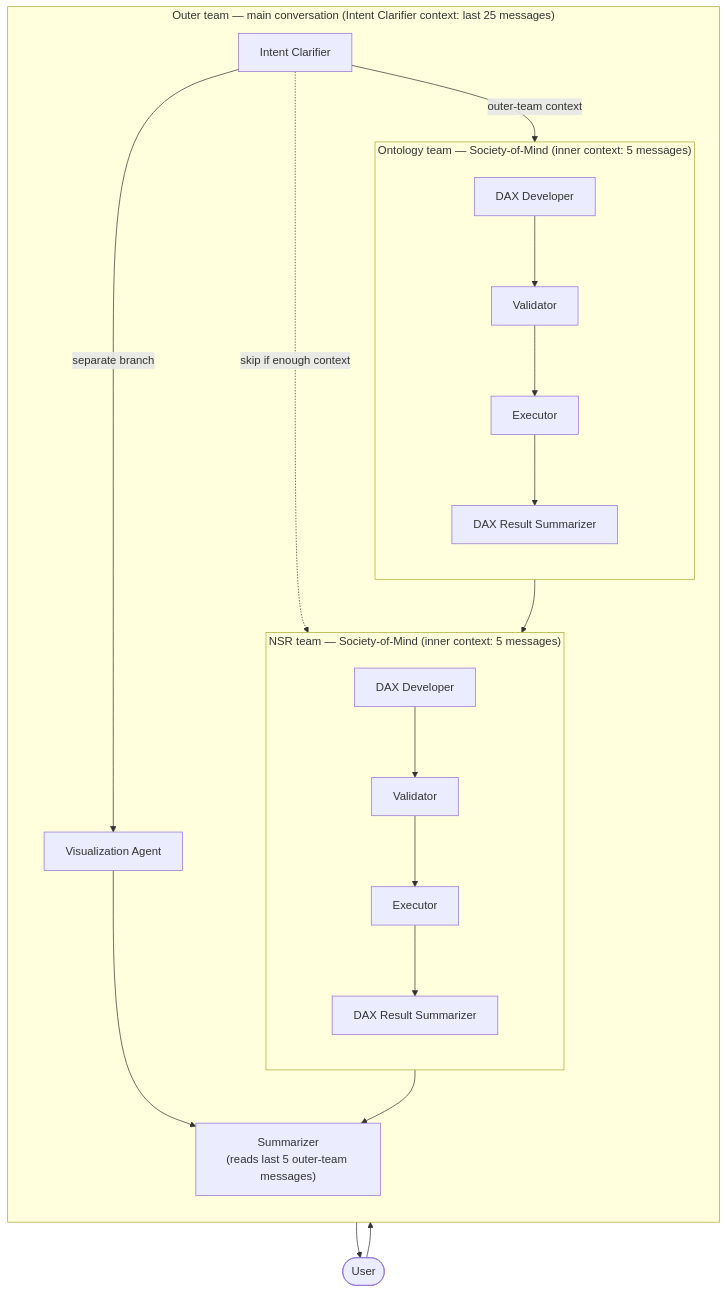
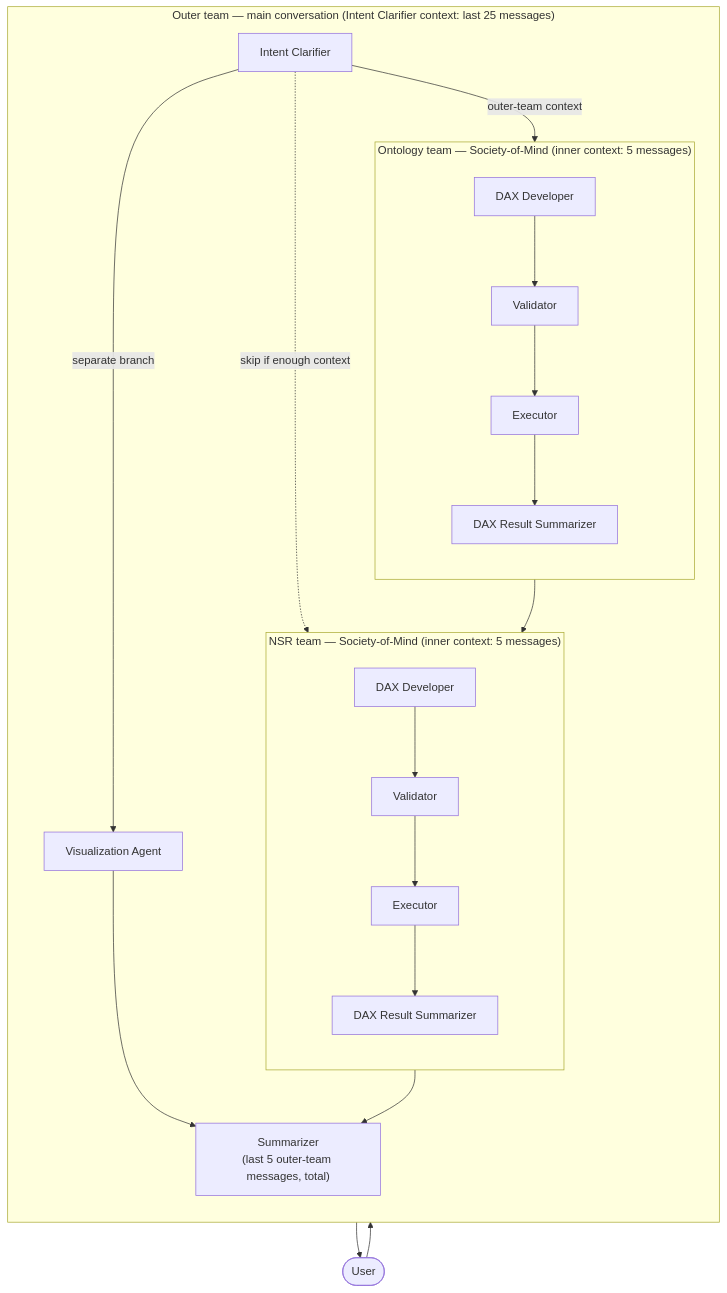
Before and after one commit to SamuelAgRz/nexus2.0-Latam: the diagram in docs/context-flow.md, drawn with Mermaid. The commit also changed other lines of this file, not shown here.

Commit message:
feat/ complete context flow

````diff
--- a/docs/context-flow.md
+++ b/docs/context-flow.md
@@ -41,29 +41,29 @@
 ```mermaid
 flowchart TB
     User([User])
 
     subgraph Outer["Outer team — main conversation (Intent Clarifier context: last 25 messages)"]
         direction TB
         IC[Intent Clarifier]
         VIZ[Visualization Agent]
-        SUM["Summarizer<br/>(reads last 5 outer-team messages)"]
+        SUM["Summarizer<br/>(last 5 outer-team messages, total)"]
 
         subgraph Ont["Ontology team — Society-of-Mind (inner context: 5 messages)"]
             direction TB
             ODev[DAX Developer] --> OVal[Validator] --> OExe[Executor] --> OSum[DAX Result Summarizer]
         end
 
         subgraph Nsr["NSR team — Society-of-Mind (inner context: 5 messages)"]
             direction TB
             NDev[DAX Developer] --> NVal[Validator] --> NExe[Executor] --> NSum[DAX Result Summarizer]
         end
     end
 
     User --> IC
     IC -- outer-team context --> Ont
     IC -. skip if enough context .-> Nsr
     Ont --> Nsr
     Nsr --> SUM
     IC -- separate branch --> VIZ --> SUM
     SUM --> User
 ```
````
